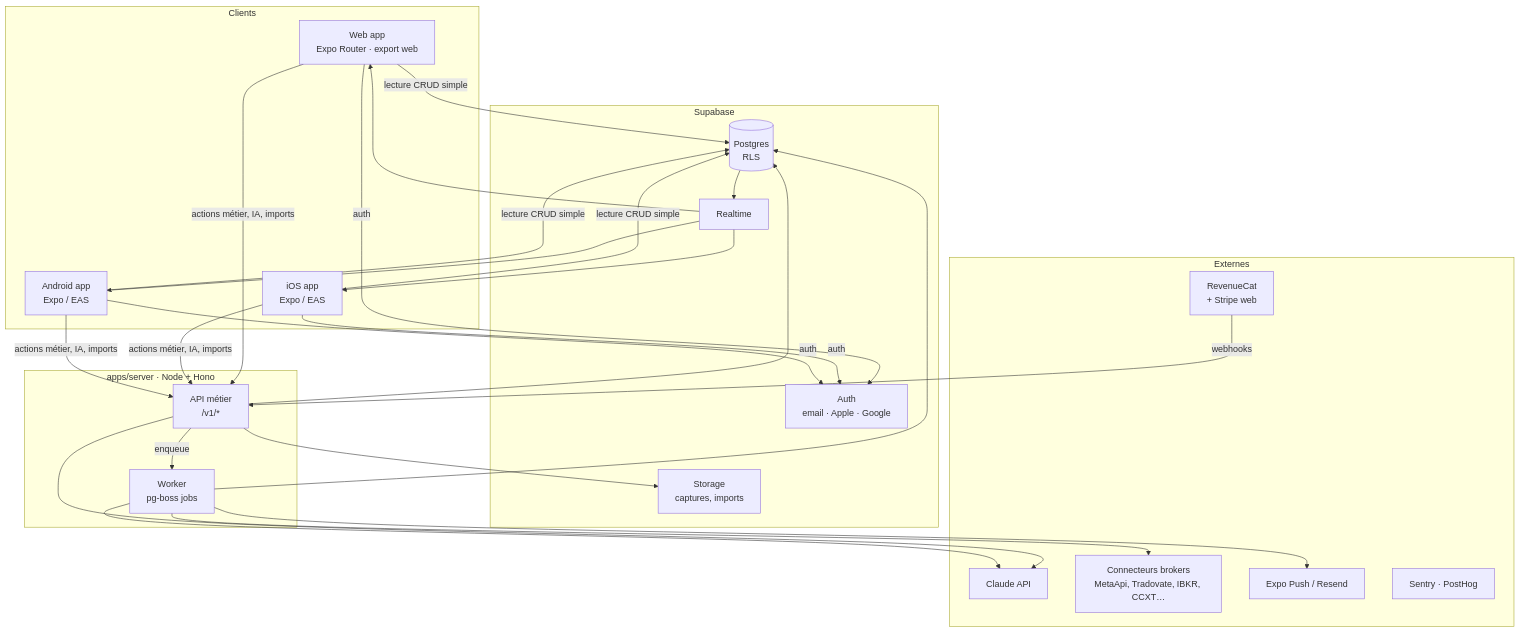
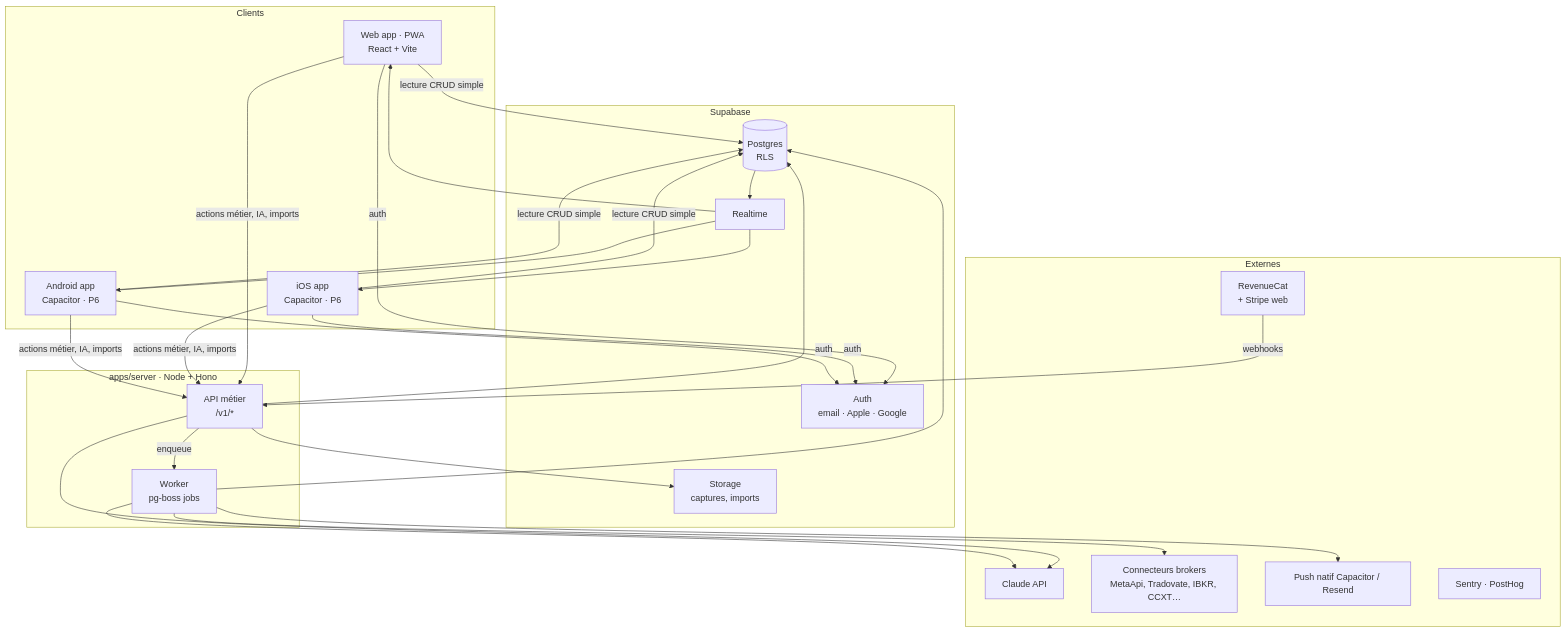
One commit to wasslasGOAT/tradingjournal changed the second of 2 diagrams in docs/ARCHITECTURE.md. Above: the diagram before and after it, drawn with Mermaid. The commit also changed other lines of this file and 11 other files, not shown here.

First line of the commit message:
docs: pivot MVP to web-first app (ADR-023/024/025)

````diff
--- a/docs/ARCHITECTURE.md
+++ b/docs/ARCHITECTURE.md
@@ -98,42 +99,42 @@
 ```mermaid
 flowchart TB
   subgraph Clients
-    WEB[Web app<br/>Expo Router · export web]
-    IOS[iOS app<br/>Expo / EAS]
-    AND[Android app<br/>Expo / EAS]
+    WEB[Web app · PWA<br/>React + Vite]
+    IOS[iOS app<br/>Capacitor · P6]
+    AND[Android app<br/>Capacitor · P6]
   end
 
   subgraph Supabase
     AUTH[Auth<br/>email · Apple · Google]
     DB[(Postgres<br/>RLS)]
     STO[Storage<br/>captures, imports]
     RT[Realtime]
   end
 
   subgraph Server[apps/server · Node + Hono]
     API[API métier<br/>/v1/*]
     WK[Worker<br/>pg-boss jobs]
   end
 
   subgraph Externes
     LLM[Claude API]
     BRK[Connecteurs brokers<br/>MetaApi, Tradovate, IBKR, CCXT…]
     RC[RevenueCat<br/>+ Stripe web]
-    PUSH[Expo Push / Resend]
+    PUSH[Push natif Capacitor / Resend]
     OBS[Sentry · PostHog]
   end
 
   WEB & IOS & AND -->|lecture CRUD simple| DB
   WEB & IOS & AND -->|auth| AUTH
   WEB & IOS & AND -->|actions métier, IA, imports| API
   API --> DB
   API -->|enqueue| WK
   WK --> DB
   WK --> BRK
   API --> LLM
   WK --> LLM
   RC -->|webhooks| API
   WK --> PUSH
   DB --> RT --> WEB & IOS & AND
   API --> STO
 ```
````
